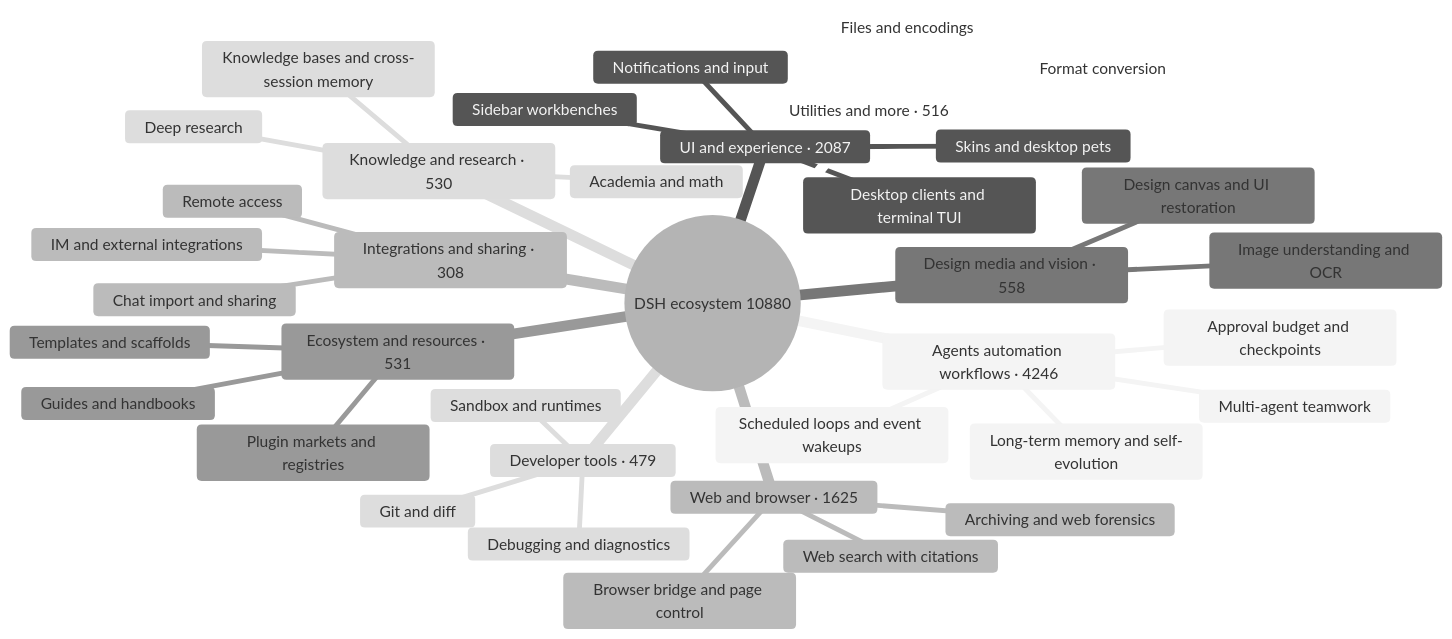
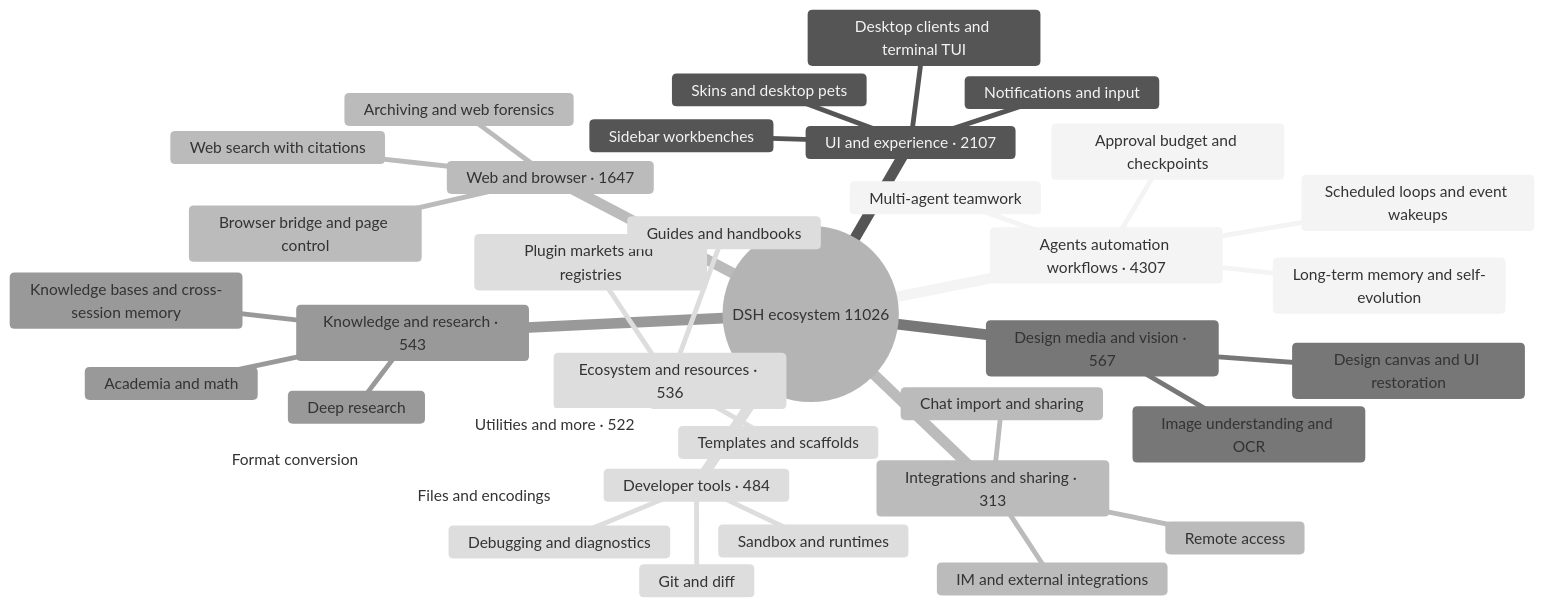
One commit to bruc3van/awesome-dsh-plugin changed the diagram in README_EN.md. Above: the diagram before and after it, drawn with Mermaid (neutral theme). The commit also changed other lines of this file and 19 other files, not shown here.

````diff
--- a/README_EN.md
+++ b/README_EN.md
@@ -33,40 +33,40 @@
 ```mermaid
 mindmap
-  root((DSH ecosystem 10880))
-    Agents automation workflows · 4246
+  root((DSH ecosystem 11026))
+    Agents automation workflows · 4307
       Scheduled loops and event wakeups
       Multi-agent teamwork
       Long-term memory and self-evolution
       Approval budget and checkpoints
-    UI and experience · 2087
+    UI and experience · 2107
       Desktop clients and terminal TUI
       Sidebar workbenches
       Skins and desktop pets
       Notifications and input
-    Web and browser · 1625
+    Web and browser · 1647
       Browser bridge and page control
       Web search with citations
       Archiving and web forensics
-    Design media and vision · 558
+    Design media and vision · 567
       Image understanding and OCR
       Design canvas and UI restoration
-    Ecosystem and resources · 531
+    Knowledge and research · 543
+      Knowledge bases and cross-session memory
+      Deep research
+      Academia and math
+    Ecosystem and resources · 536
       Plugin markets and registries
       Templates and scaffolds
       Guides and handbooks
-    Knowledge and research · 530
-      Knowledge bases and cross-session memory
-      Deep research
-      Academia and math
-    Utilities and more · 516
+    Utilities and more · 522
       Files and encodings
       Format conversion
-    Developer tools · 479
+    Developer tools · 484
       Git and diff
       Sandbox and runtimes
       Debugging and diagnostics
-    Integrations and sharing · 308
+    Integrations and sharing · 313
       Chat import and sharing
       Remote access
       IM and external integrations
 ```
````
